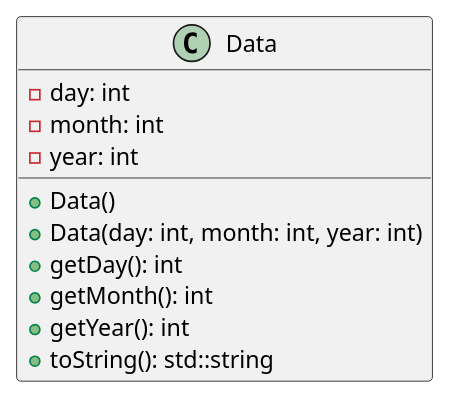
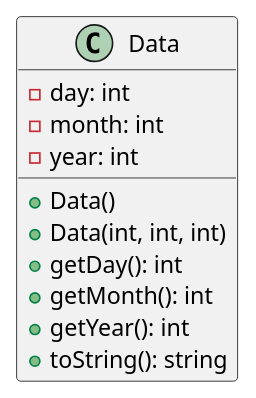
The diagram in UML_Diagrams/data.puml (MHorsford/Galaga), drawn with PlantUML before and after one commit. The commit also changed 26 other files, not shown here.

```diff
--- a/UML_Diagrams/data.puml
+++ b/UML_Diagrams/data.puml
@@ -1,14 +1,14 @@
 @startuml
 class Data {
     - day: int
     - month: int
     - year: int
     + Data()
-    + Data(day: int, month: int, year: int)
+    + Data(int, int, int)
     + getDay(): int
     + getMonth(): int
     + getYear(): int
-    + toString(): std::string
+    + toString(): string
 }
 
 @enduml
```
